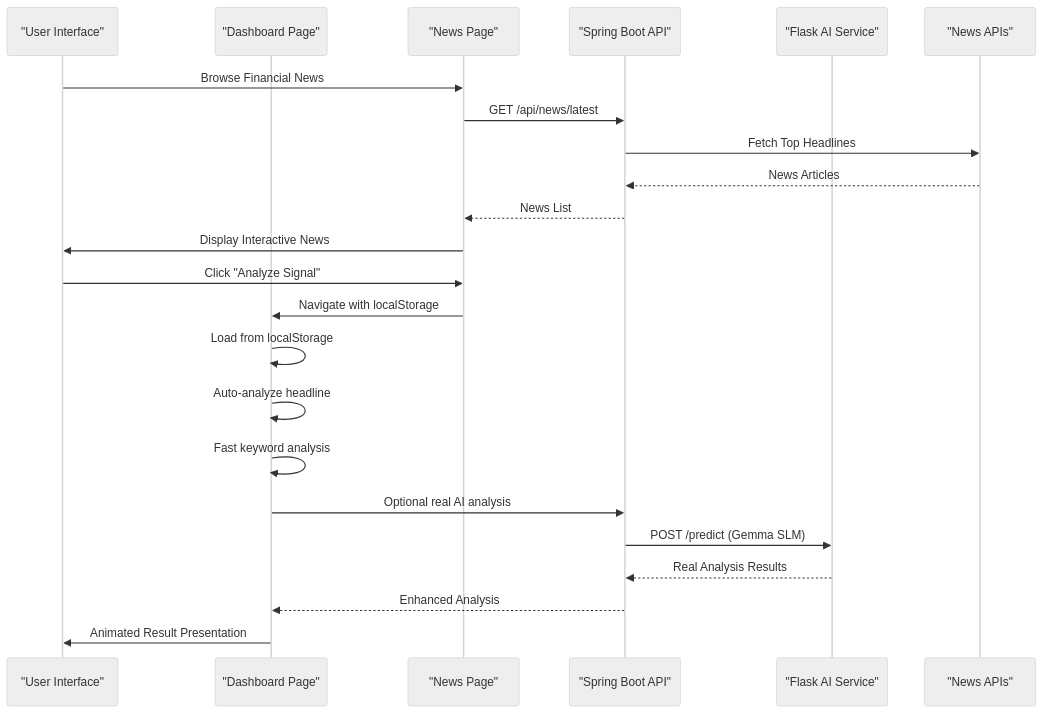
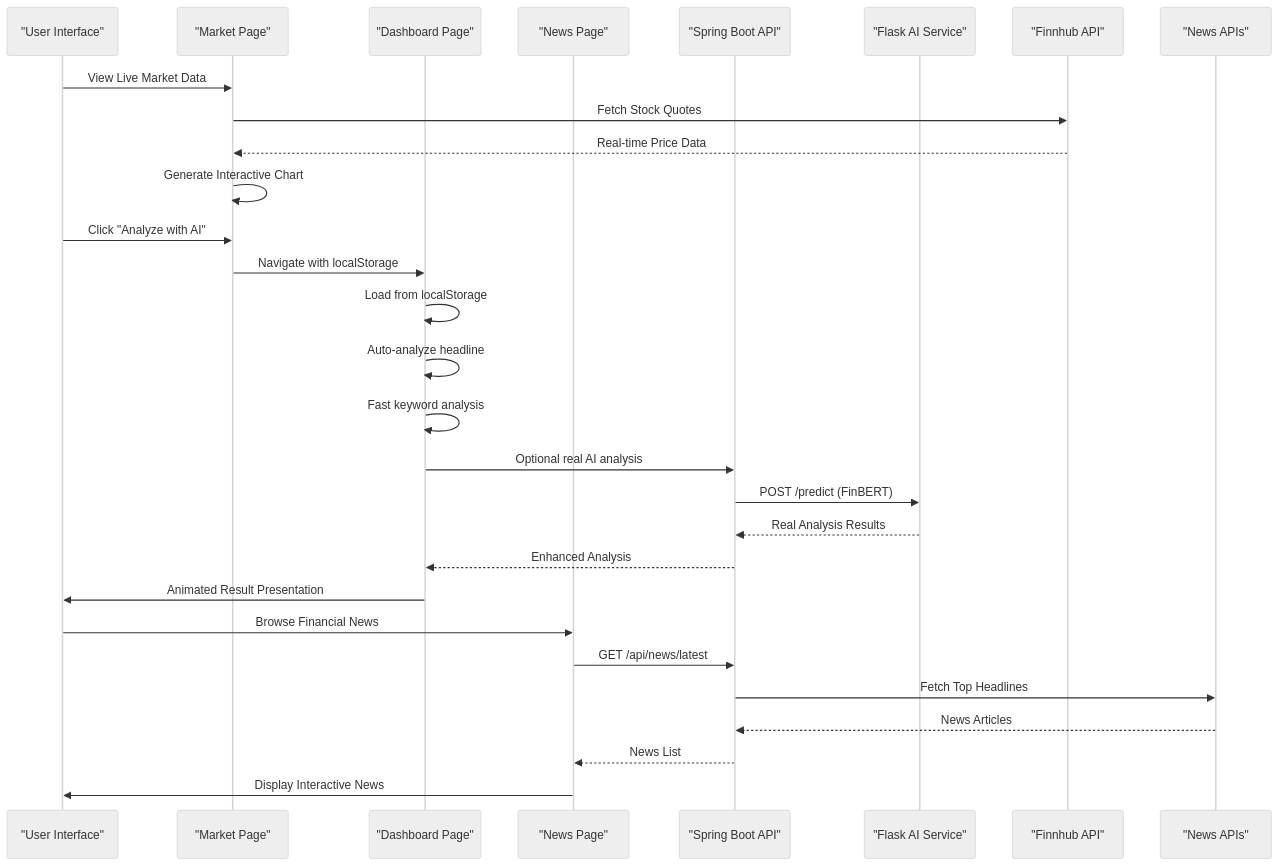
The second of 7 diagrams in .qoder/repowiki/en/content/JavaScript Implementation.md (ayushtiwari1526/TheReinforcers_AyushTiwari), drawn with Mermaid (neutral theme) before and after one commit. The commit also changed other lines of this file and 15 other files, not shown here.

````diff
--- a/.qoder/repowiki/en/content/JavaScript Implementation.md
+++ b/.qoder/repowiki/en/content/JavaScript Implementation.md
@@ -136,25 +164,31 @@
 ```mermaid
 sequenceDiagram
 participant User as "User Interface"
+participant Market as "Market Page"
 participant Dashboard as "Dashboard Page"
 participant News as "News Page"
 participant Backend as "Spring Boot API"
 participant AI as "Flask AI Service"
+participant Finnhub as "Finnhub API"
 participant NewsAPI as "News APIs"
+User->>Market : View Live Market Data
+Market->>Finnhub : Fetch Stock Quotes
+Finnhub-->>Market : Real-time Price Data
+Market->>Market : Generate Interactive Chart
+User->>Market : Click "Analyze with AI"
+Market->>Dashboard : Navigate with localStorage
+Dashboard->>Dashboard : Load from localStorage
+Dashboard->>Dashboard : Auto-analyze headline
+Dashboard->>Dashboard : Fast keyword analysis
+Dashboard->>Backend : Optional real AI analysis
+Backend->>AI : POST /predict (FinBERT)
+AI-->>Backend : Real Analysis Results
+Backend-->>Dashboard : Enhanced Analysis
+Dashboard->>User : Animated Result Presentation
 User->>News : Browse Financial News
 News->>Backend : GET /api/news/latest
 Backend->>NewsAPI : Fetch Top Headlines
 NewsAPI-->>Backend : News Articles
 Backend-->>News : News List
 News->>User : Display Interactive News
-User->>News : Click "Analyze Signal"
-News->>Dashboard : Navigate with localStorage
-Dashboard->>Dashboard : Load from localStorage
-Dashboard->>Dashboard : Auto-analyze headline
-Dashboard->>Dashboard : Fast keyword analysis
-Dashboard->>Backend : Optional real AI analysis
-Backend->>AI : POST /predict (Gemma SLM)
-AI-->>Backend : Real Analysis Results
-Backend-->>Dashboard : Enhanced Analysis
-Dashboard->>User : Animated Result Presentation
 ```
````
